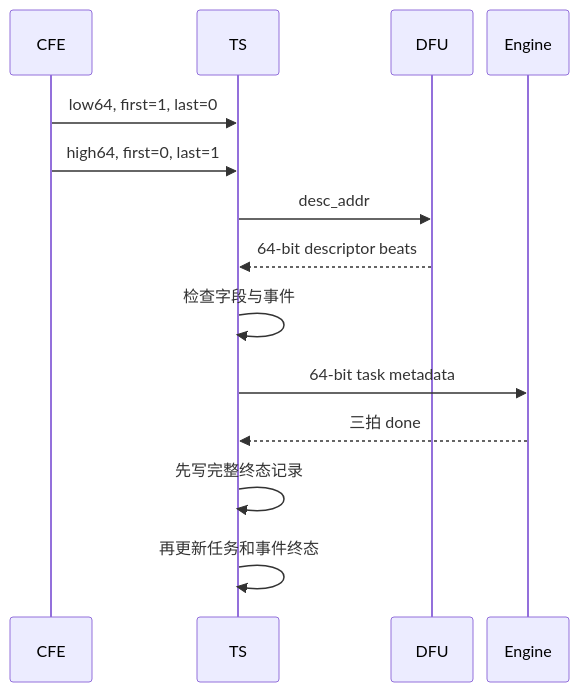
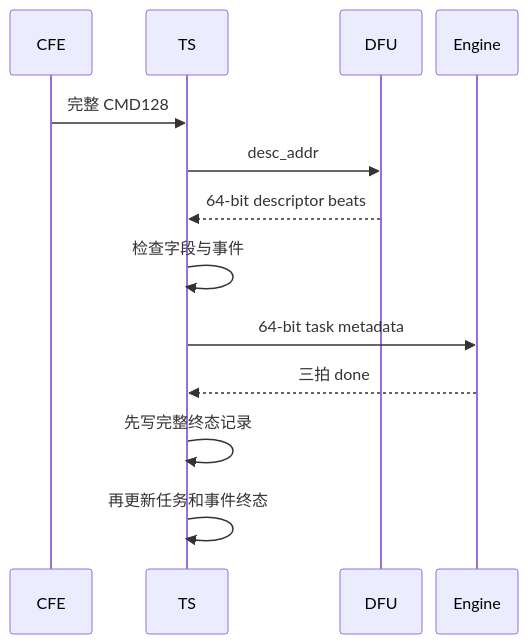
One commit to Little-W/Obsidian changed the sixth of 17 diagrams in NPU/NPU 指令与硬件架构设计 Spec.md. Above: the diagram before and after it, drawn with Mermaid. The commit also changed other lines of this file and 134 other files, not shown here.

````diff
--- a/NPU/NPU 指令与硬件架构设计 Spec.md
+++ b/NPU/NPU 指令与硬件架构设计 Spec.md
@@ -1815,18 +1872,17 @@
 ```mermaid
 %%{init: {"sequence": {"useMaxWidth": true, "actorMargin": 14, "width": 82, "messageMargin": 10, "noteMargin": 6}, "themeVariables": {"fontSize": "11px"}}}%%
 sequenceDiagram
     participant CFE
     participant TS
     participant DFU
     participant ENG as Engine
 
-    CFE->>TS: low64, first=1, last=0
-    CFE->>TS: high64, first=0, last=1
+    CFE->>TS: 完整 CMD128
     TS->>DFU: desc_addr
     DFU-->>TS: 64-bit descriptor beats
     TS->>TS: 检查字段与事件
     TS->>ENG: 64-bit task metadata
     ENG-->>TS: 三拍 done
     TS->>TS: 先写完整终态记录
     TS->>TS: 再更新任务和事件终态
 ```
````
